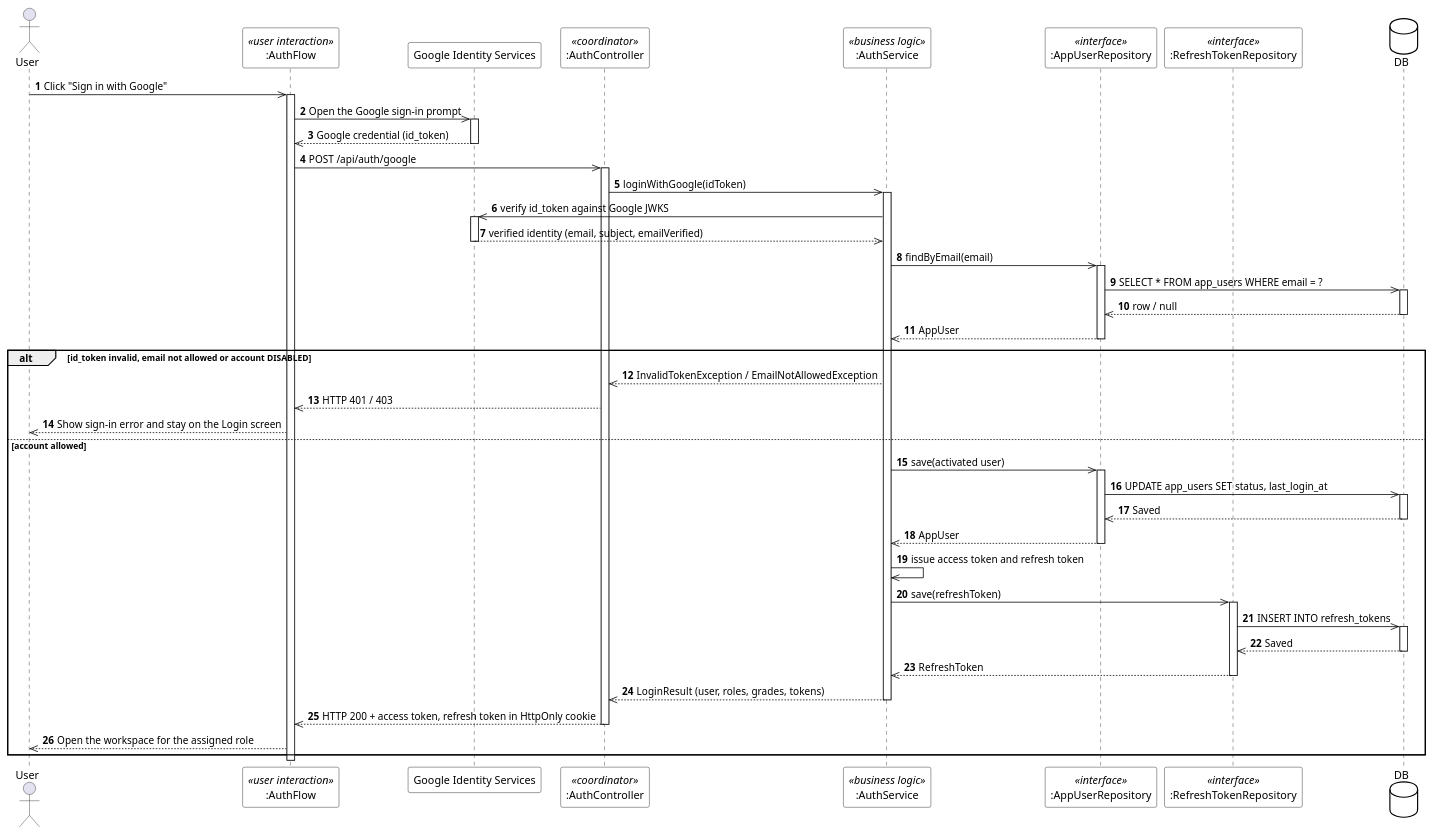
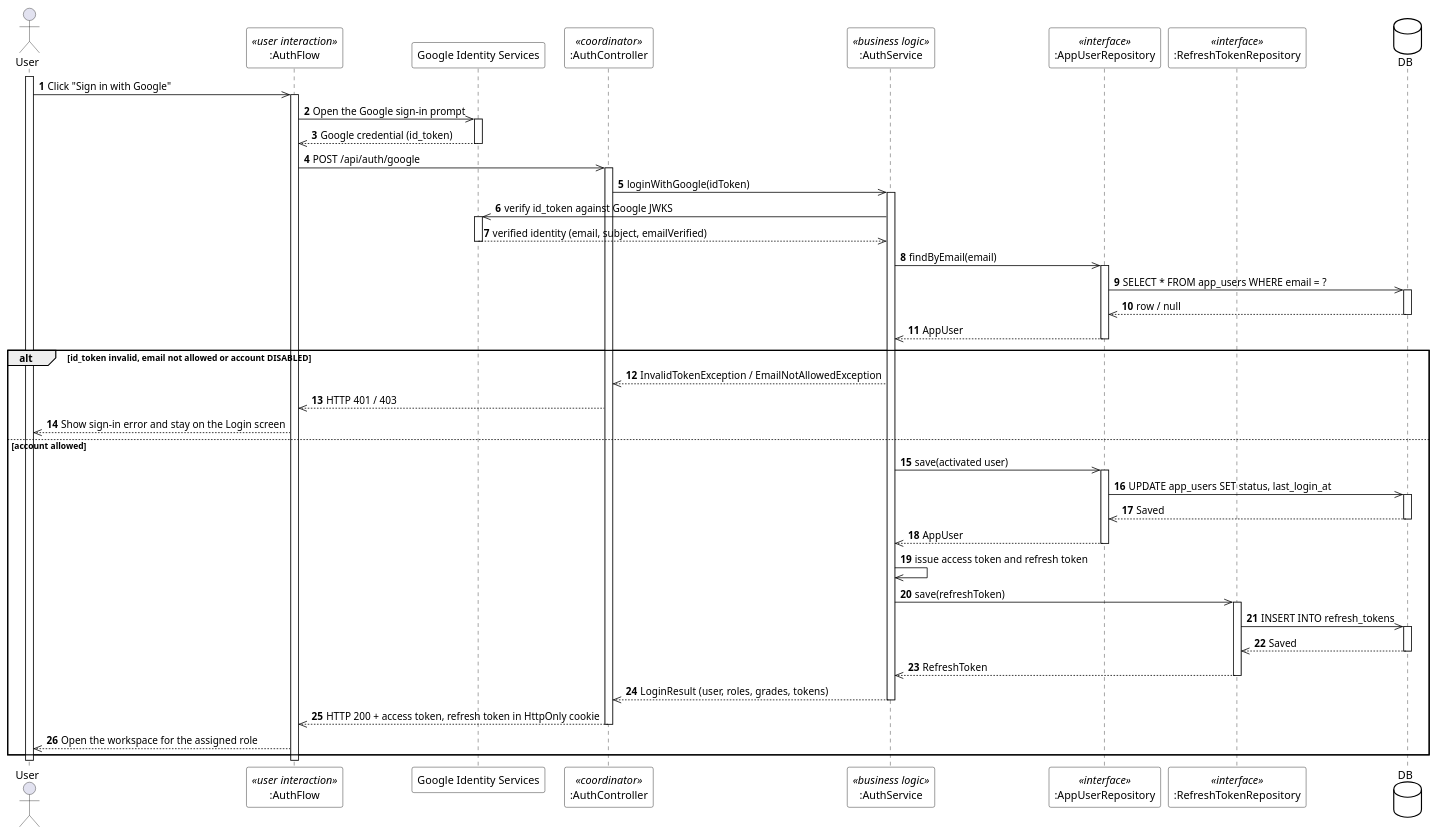
One commit to EduA-system/EduA-system changed the diagram in designs/sds-diagrams/uc02/uc02_sequence_stereo.puml. Above: the diagram before and after it, drawn with PlantUML. The commit also changed 377 other files, not shown here.

Commit message:
hình sequence diagram mới

```diff
--- a/designs/sds-diagrams/uc02/uc02_sequence_stereo.puml
+++ b/designs/sds-diagrams/uc02/uc02_sequence_stereo.puml
@@ -1,73 +1,75 @@
 @startuml UC-02 Login - Sequence Diagram (stereo)
 skinparam defaultFontName "Segoe UI"
 skinparam shadowing false
 skinparam ParticipantBackgroundColor #FFFFFF
 skinparam ParticipantBorderColor #000000
 skinparam DatabaseBackgroundColor #FFFFFF
 skinparam DatabaseBorderColor #000000
 skinparam ArrowColor #000000
 skinparam sequenceMessageAlign left
 
 actor User
 participant ":AuthFlow" as UI <<user interaction>>
 participant "Google Identity Services" as GIS
 participant ":AuthController" as CTL <<coordinator>>
 participant ":AuthService" as SVC <<business logic>>
 participant ":AppUserRepository" as USERS <<interface>>
 participant ":RefreshTokenRepository" as TOKENS <<interface>>
 database DB
 
 autonumber
+activate User
 User ->> UI : Click "Sign in with Google"
 activate UI
 UI ->> GIS : Open the Google sign-in prompt
 activate GIS
 GIS -->> UI : Google credential (id_token)
 deactivate GIS
 UI ->> CTL : POST /api/auth/google
 activate CTL
 CTL ->> SVC : loginWithGoogle(idToken)
 activate SVC
 SVC ->> GIS : verify id_token against Google JWKS
 activate GIS
 GIS -->> SVC : verified identity (email, subject, emailVerified)
 deactivate GIS
 SVC ->> USERS : findByEmail(email)
 activate USERS
 USERS ->> DB : SELECT * FROM app_users WHERE email = ?
 activate DB
 DB -->> USERS : row / null
 deactivate DB
 USERS -->> SVC : AppUser
 deactivate USERS
 
 alt id_token invalid, email not allowed or account DISABLED
   SVC -->> CTL : InvalidTokenException / EmailNotAllowedException
   CTL -->> UI : HTTP 401 / 403
   UI -->> User : Show sign-in error and stay on the Login screen
 else account allowed
   SVC ->> USERS : save(activated user)
   activate USERS
   USERS ->> DB : UPDATE app_users SET status, last_login_at
   activate DB
   DB -->> USERS : Saved
   deactivate DB
   USERS -->> SVC : AppUser
   deactivate USERS
   SVC ->> SVC : issue access token and refresh token
   SVC ->> TOKENS : save(refreshToken)
   activate TOKENS
   TOKENS ->> DB : INSERT INTO refresh_tokens
   activate DB
   DB -->> TOKENS : Saved
   deactivate DB
   TOKENS -->> SVC : RefreshToken
   deactivate TOKENS
   SVC -->> CTL : LoginResult (user, roles, grades, tokens)
   deactivate SVC
   CTL -->> UI : HTTP 200 + access token, refresh token in HttpOnly cookie
   deactivate CTL
   UI -->> User : Open the workspace for the assigned role
 end
 deactivate UI
+deactivate User
 @enduml
```
